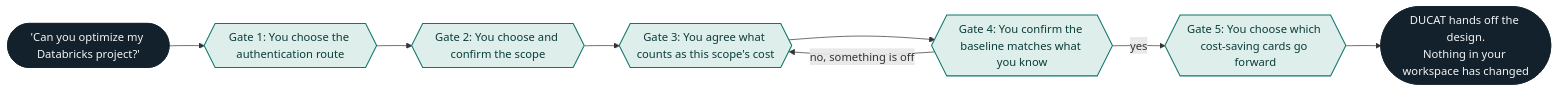
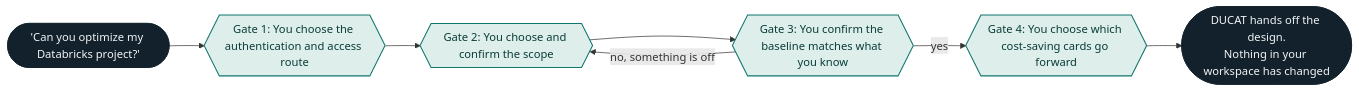
Before and after one commit to CauchyIO/ducat: the first of 2 diagrams in blog/blog.md, drawn with Mermaid. The commit also changed other lines of this file, not shown here.

````diff
--- a/blog/blog.md
+++ b/blog/blog.md
@@ -38,15 +38,14 @@
 ```mermaid
 flowchart LR
-  START(["'Can you optimize my Databricks project?'"]) --> G1{{"Gate 1: You choose the authentication route"}}
+  START(["'Can you optimize my Databricks project?'"]) --> G1{{"Gate 1: You choose the authentication and access route"}}
   G1 --> G2{{"Gate 2: You choose and confirm the scope"}}
-  G2 --> G3{{"Gate 3: You agree what counts as this scope's cost"}}
-  G3 --> G4{{"Gate 4: You confirm the baseline matches what you know"}}
-  G4 -->|"no, something is off"| G3
-  G4 -->|"yes"| G5{{"Gate 5: You choose which cost-saving cards go forward"}}
-  G5 --> STOP(["DUCAT hands off the design.<br/>Nothing in your workspace has changed"])
+  G2 --> G3{{"Gate 3: You confirm the baseline matches what you know"}}
+  G3 -->|"no, something is off"| G2
+  G3 -->|"yes"| G4{{"Gate 4: You choose which cost-saving cards go forward"}}
+  G4 --> STOP(["DUCAT hands off the design.<br/>Nothing in your workspace has changed"])
 
   classDef gate fill:#DDEEEB,stroke:#0F766E,stroke-width:1.5px,color:#0B3D39;
   classDef term fill:#12212B,stroke:#12212B,color:#F1F4F6;
-  class G1,G2,G3,G4,G5 gate;
+  class G1,G2,G3,G4 gate;
   class START,STOP term;
 ```
````
